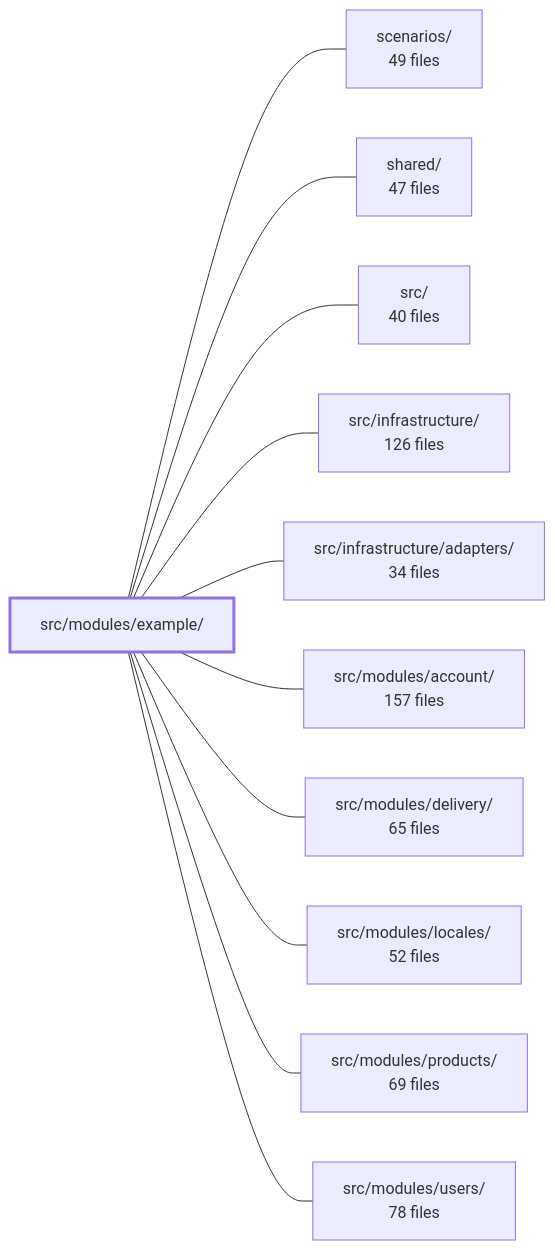
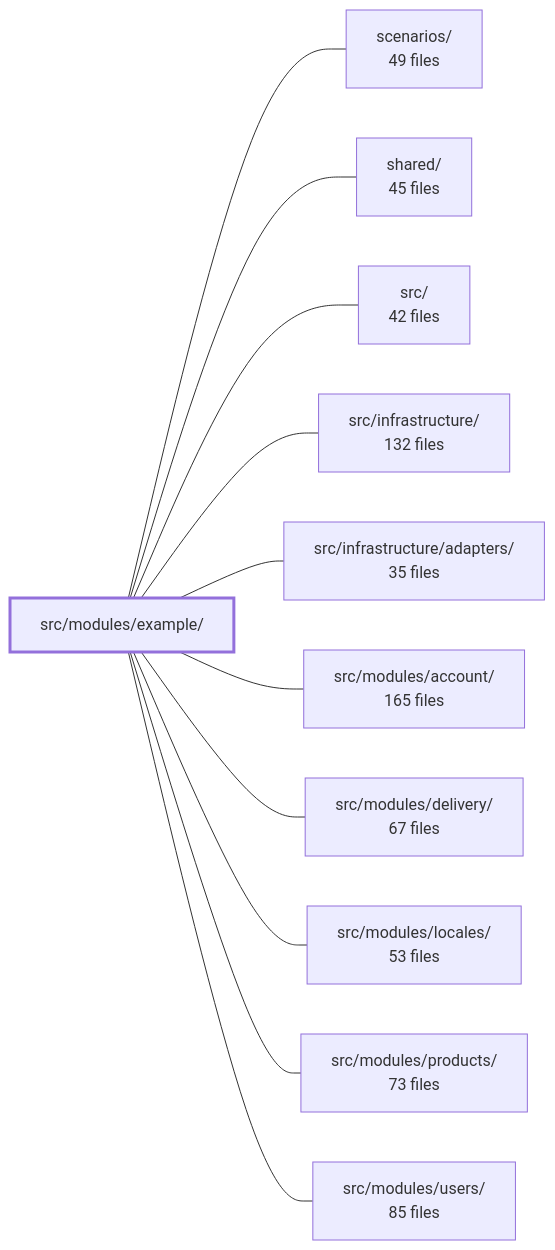
The diagram in .2brain/modules/boilerplate-node-backend_src_modules_example.md (Guebbit/boilerplate-node-backend), drawn with Mermaid before and after one commit. The commit also changed other lines of this file and 1102 other files, not shown here.

````diff
--- a/.2brain/modules/boilerplate-node-backend_src_modules_example.md
+++ b/.2brain/modules/boilerplate-node-backend_src_modules_example.md
@@ -48,25 +46,25 @@
 ```mermaid
 flowchart LR
     m_src_modules_example["src/modules/example/"]
     m_scenarios["scenarios/<br/>49 files"]
-    m_shared["shared/<br/>47 files"]
-    m_src["src/<br/>40 files"]
-    m_src_infrastructure["src/infrastructure/<br/>126 files"]
-    m_src_infrastructure_adapters["src/infrastructure/adapters/<br/>34 files"]
-    m_src_modules_account["src/modules/account/<br/>157 files"]
-    m_src_modules_delivery["src/modules/delivery/<br/>65 files"]
-    m_src_modules_locales["src/modules/locales/<br/>52 files"]
-    m_src_modules_products["src/modules/products/<br/>69 files"]
-    m_src_modules_users["src/modules/users/<br/>78 files"]
+    m_shared["shared/<br/>45 files"]
+    m_src["src/<br/>42 files"]
+    m_src_infrastructure["src/infrastructure/<br/>132 files"]
+    m_src_infrastructure_adapters["src/infrastructure/adapters/<br/>35 files"]
+    m_src_modules_account["src/modules/account/<br/>165 files"]
+    m_src_modules_delivery["src/modules/delivery/<br/>67 files"]
+    m_src_modules_locales["src/modules/locales/<br/>53 files"]
+    m_src_modules_products["src/modules/products/<br/>73 files"]
+    m_src_modules_users["src/modules/users/<br/>85 files"]
     m_src_modules_example --- m_scenarios
     m_src_modules_example --- m_shared
     m_src_modules_example --- m_src
     m_src_modules_example --- m_src_infrastructure
     m_src_modules_example --- m_src_infrastructure_adapters
     m_src_modules_example --- m_src_modules_account
     m_src_modules_example --- m_src_modules_delivery
     m_src_modules_example --- m_src_modules_locales
     m_src_modules_example --- m_src_modules_products
     m_src_modules_example --- m_src_modules_users
     style m_src_modules_example stroke-width:3px
 ```
````
